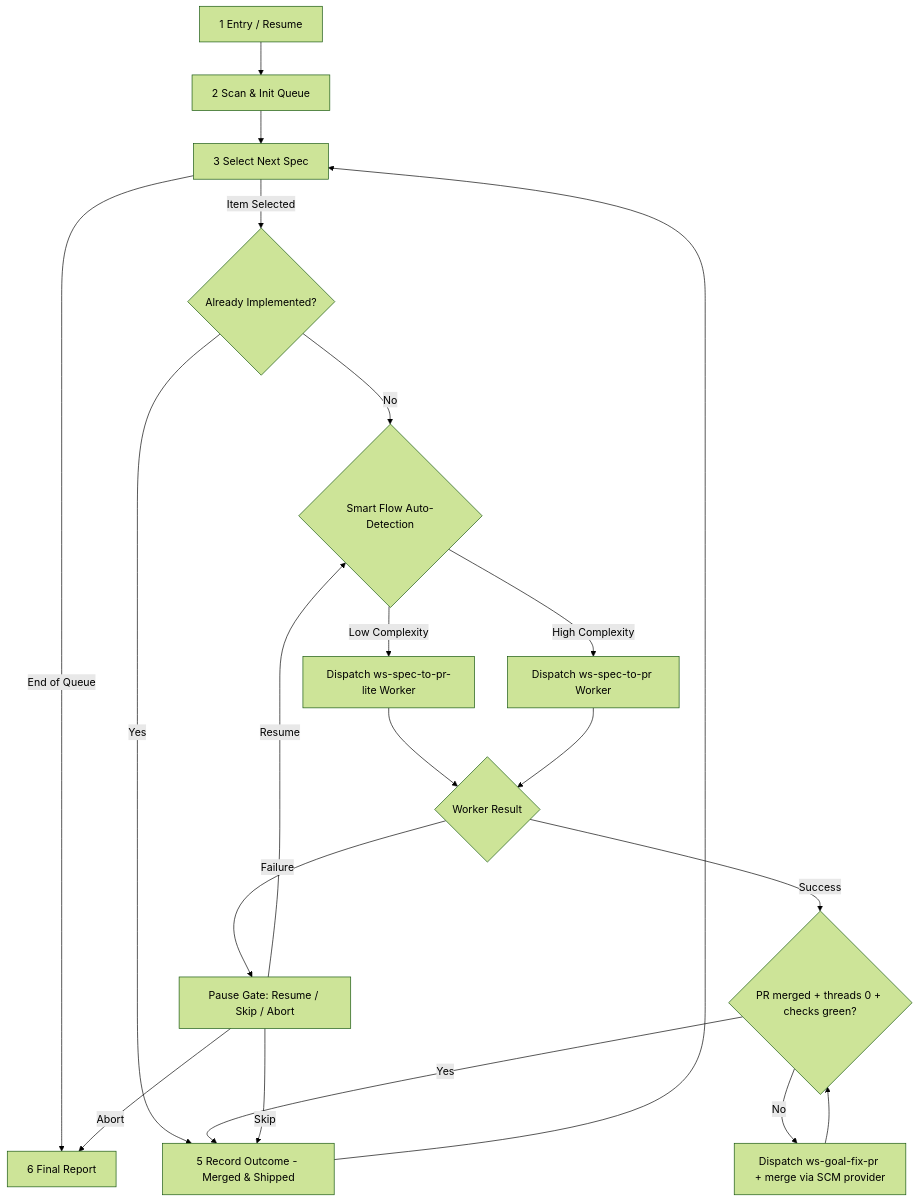
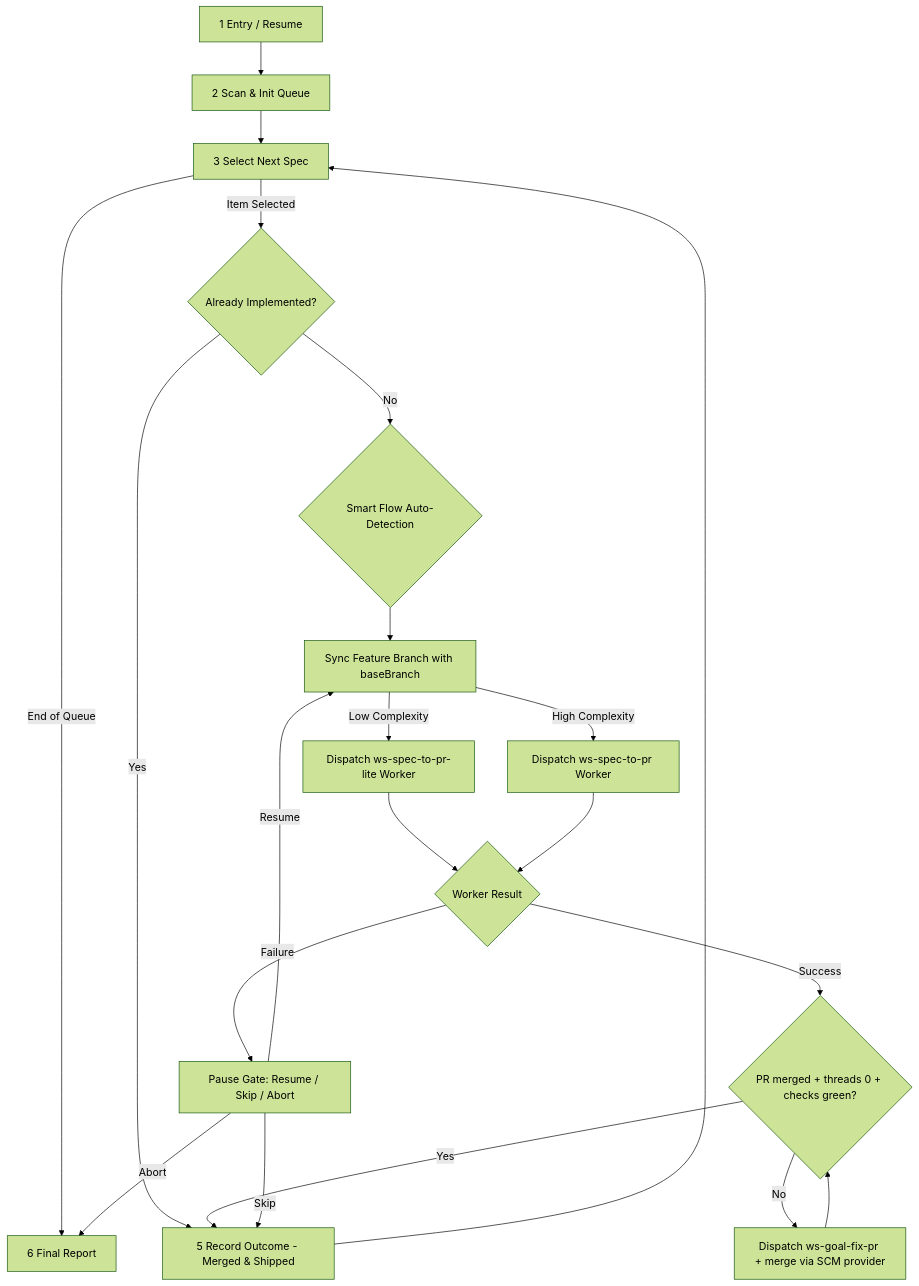
One commit to jpolvora/workflow-skills changed the diagram in .agents/skills/ws-multi-spec/PROTOCOL.md. Above: the diagram before and after it, drawn with Mermaid (forest theme). The commit also changed other lines of this file and 45 other files, not shown here.

Commit message:
feat(ws-multi-spec): add base branch synchronization preflight

````diff
--- a/.agents/skills/ws-multi-spec/PROTOCOL.md
+++ b/.agents/skills/ws-multi-spec/PROTOCOL.md
@@ -7,22 +7,23 @@
 ```mermaid
 flowchart TD
   P1[1 Entry / Resume] --> P2[2 Scan & Init Queue]
   P2 --> P3[3 Select Next Spec]
   P3 -->|End of Queue| P6[6 Final Report]
   P3 -->|Item Selected| Probe{Already Implemented?}
   Probe -->|Yes| P5[5 Record Outcome - Skipped]
   Probe -->|No| FlowDetect{Smart Flow Auto-Detection}
-  FlowDetect -->|Low Complexity| DispatchLite[Dispatch ws-spec-to-pr-lite Worker]
-  FlowDetect -->|High Complexity| DispatchFull[Dispatch ws-spec-to-pr Worker]
+  FlowDetect --> BaseSync[Sync Feature Branch with baseBranch]
+  BaseSync -->|Low Complexity| DispatchLite[Dispatch ws-spec-to-pr-lite Worker]
+  BaseSync -->|High Complexity| DispatchFull[Dispatch ws-spec-to-pr Worker]
   DispatchLite --> WorkerOutcome
   DispatchFull --> WorkerOutcome
   WorkerOutcome{Worker Result} -->|Success| ConvergeGate{PR merged + threads 0 + checks green?}
   WorkerOutcome -->|Failure| PauseGate[Pause Gate: Resume / Skip / Abort]
   ConvergeGate -->|No| RunGoalFixPr[Dispatch ws-goal-fix-pr + merge via SCM provider]
   RunGoalFixPr --> ConvergeGate
   ConvergeGate -->|Yes| P5[5 Record Outcome - Merged & Shipped]
-  PauseGate -->|Resume| FlowDetect
+  PauseGate -->|Resume| BaseSync
   PauseGate -->|Skip| P5
   PauseGate -->|Abort| P6
   P5 --> P3
 ```
````
